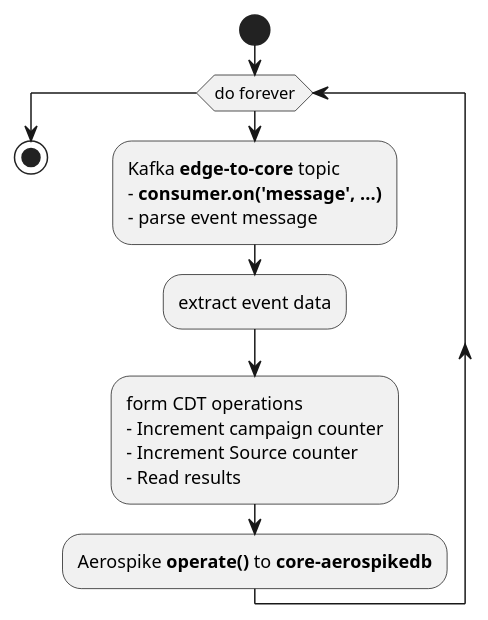
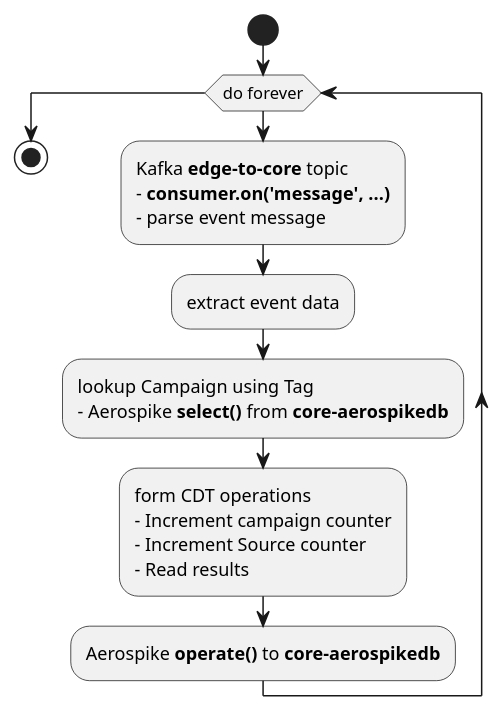
One commit to helipilot50/real-time-reporting-aerospike-kafka changed the diagram in architecture/aggregator-reducer-activity.puml. Above: the diagram before and after it, drawn with PlantUML. The commit also changed 1 other file, not shown here.

```diff
--- a/architecture/aggregator-reducer-activity.puml
+++ b/architecture/aggregator-reducer-activity.puml
@@ -1,17 +1,19 @@
 @startuml
 
 start
 while (do forever)
 :Kafka **edge-to-core** topic
 - **consumer.on('message', ...)**
 - parse event message;
 :extract event data;
+:lookup Campaign using Tag
+- Aerospike **select()** from **core-aerospikedb**;
 :form CDT operations
 - Increment campaign counter
 - Increment Source counter
 - Read results;
 :Aerospike **operate()** to **core-aerospikedb**;
 endwhile
 stop
 
 @enduml
```
